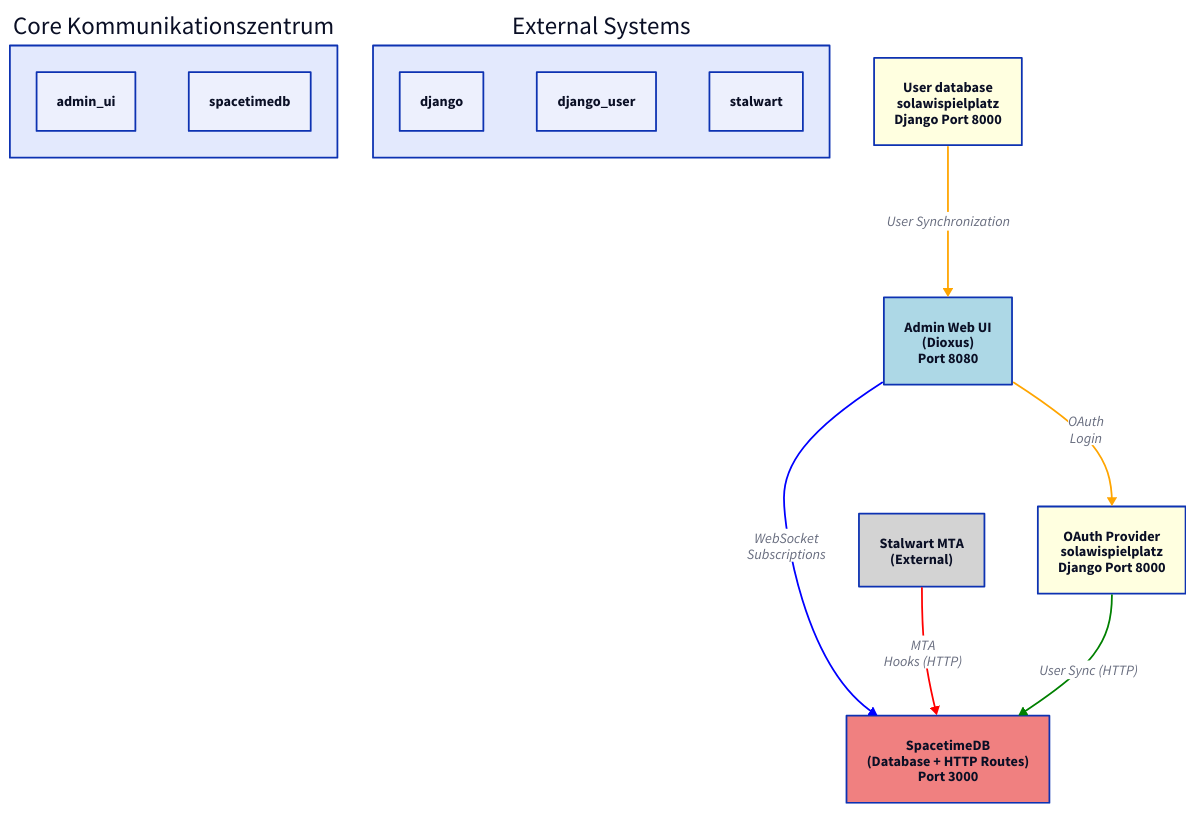
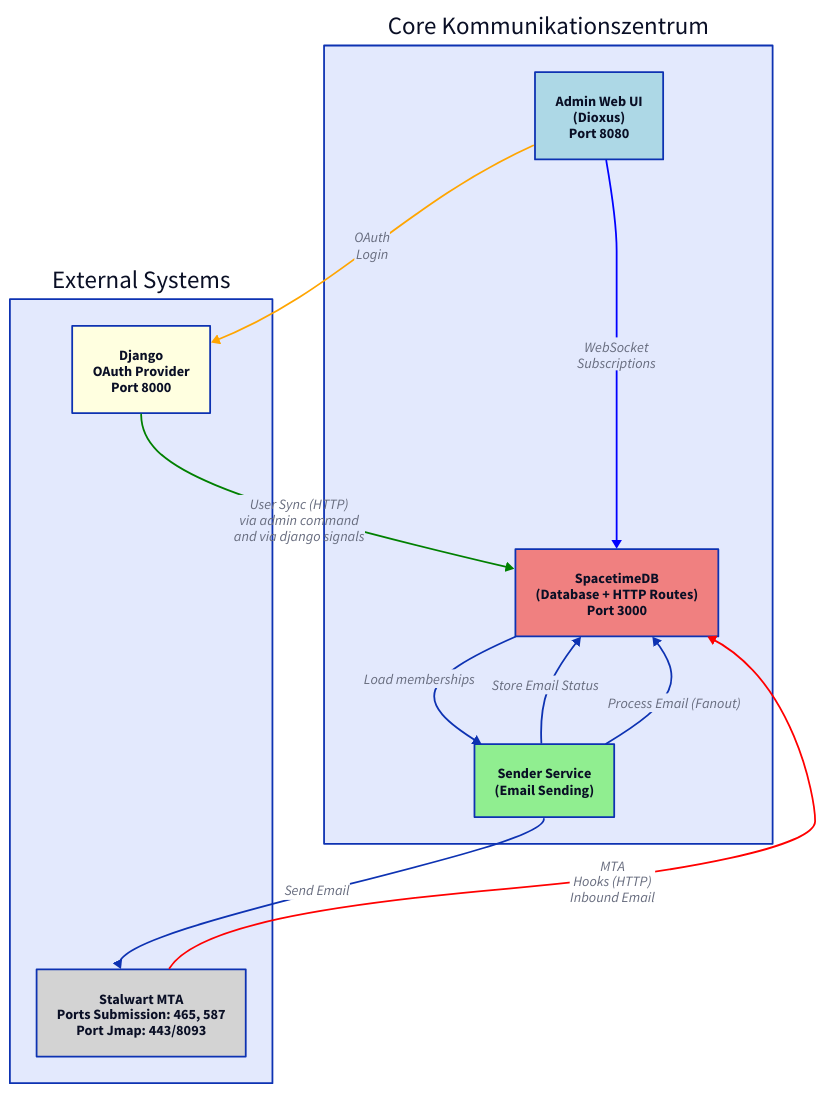
One commit to enaut/kommunikationszentrum changed the diagram in docs/src/core/architecture-overview.d2. Above: the diagram before and after it, drawn with D2. The commit also changed 4 other files, not shown here.

Commit message:
improve introduction and architecture overview.

```diff
--- a/docs/src/core/architecture-overview.d2
+++ b/docs/src/core/architecture-overview.d2
@@ -1,42 +1,45 @@
 direction: down
-admin_ui: "Admin Web UI\n(Dioxus)\nPort 8080" {
+
+
+external: "External Systems" {
+direction: down
+django: "Django\nOAuth Provider\nPort 8000" {
+  style.fill: lightyellow
+}
+
+stalwart: "Stalwart MTA\nPorts Submission: 465, 587\nPort Jmap: 443/8093" {
+  style.fill: lightgray
+}
+}
+
+core: "Core Kommunikationszentrum" {
+  admin_ui: "Admin Web UI\n(Dioxus)\nPort 8080" {
   style.fill: lightblue
 }
 spacetimedb: "SpacetimeDB\n(Database + HTTP Routes)\nPort 3000" {
   style.fill: lightcoral
 }
-django: "OAuth Provider\nsolawispielplatz\nDjango Port 8000" {
-  style.fill: lightyellow
-}
-django_user: "User database\nsolawispielplatz\nDjango Port 8000" {
-  style.fill: lightyellow
-}
-stalwart: "Stalwart MTA\n(External)" {
-  style.fill: lightgray
+sender: "Sender Service\n(Email Sending)" {
+  style.fill: lightgreen
+  }
 }
 
-admin_ui -> spacetimedb: "WebSocket\nSubscriptions" {
+
+
+
+core.admin_ui -> core.spacetimedb: "WebSocket\nSubscriptions" {
   style.stroke: blue
 }
-admin_ui -> django: "OAuth\nLogin" {
+core.admin_ui -> external.django: "OAuth\nLogin" {
   style.stroke: orange
 }
-django_user -> admin_ui: "User Synchronization" {
-  style.stroke: orange
-}
-stalwart -> spacetimedb: "MTA\nHooks (HTTP)" {
+external.stalwart -> core.spacetimedb: "MTA\nHooks (HTTP)\nInbound Email" {
   style.stroke: red
 }
-django -> spacetimedb: "User Sync (HTTP)" {
+external.django -> core.spacetimedb: "User Sync (HTTP)\nvia admin command\nand via django signals" {
   style.stroke: green
 }
-
-core: "Core Kommunikationszentrum" {
-  admin_ui
-  spacetimedb
-}
-external: "External Systems" {
-  django
-  django_user
-  stalwart
-}
+core.sender -> external.stalwart: "Send Email"
+core.sender -> core.spacetimedb: "Store Email Status"
+core.sender -> core.spacetimedb: "Process Email (Fanout)"
+core.spacetimedb -> core.sender: "Load memberships"
```
